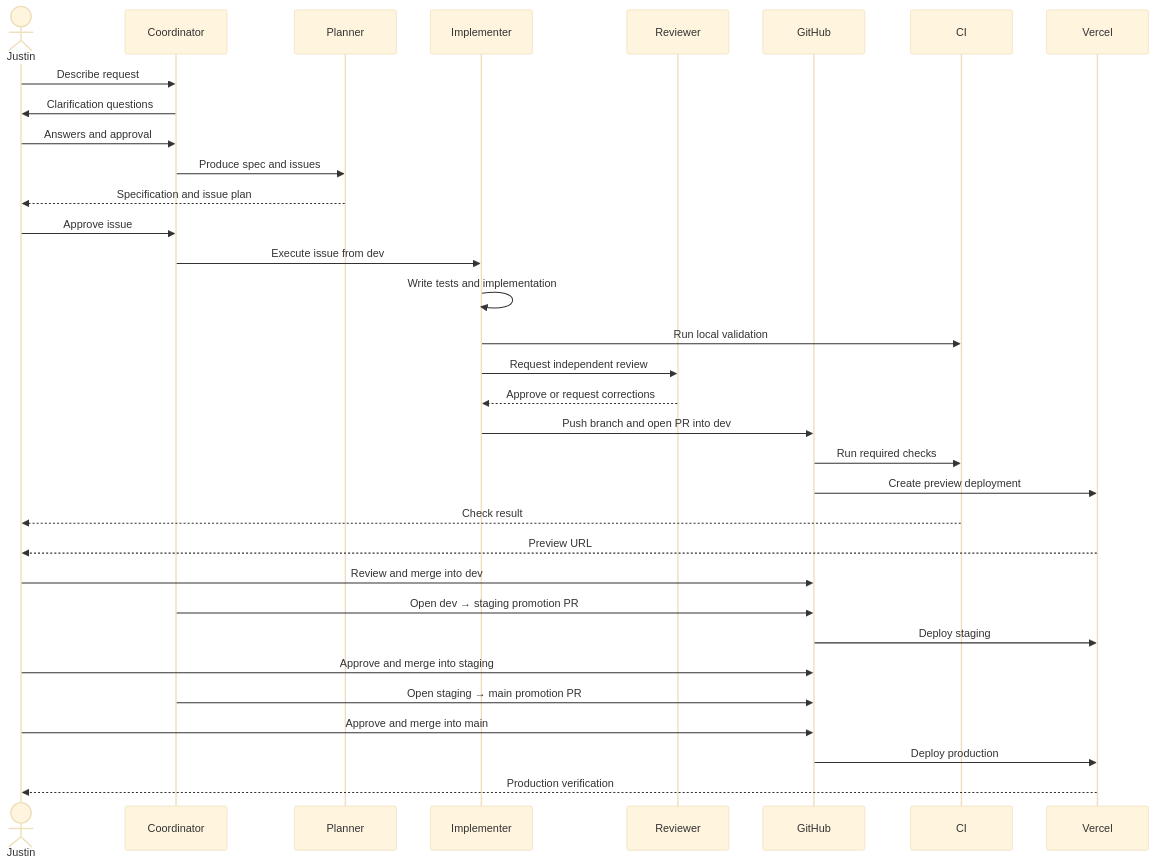
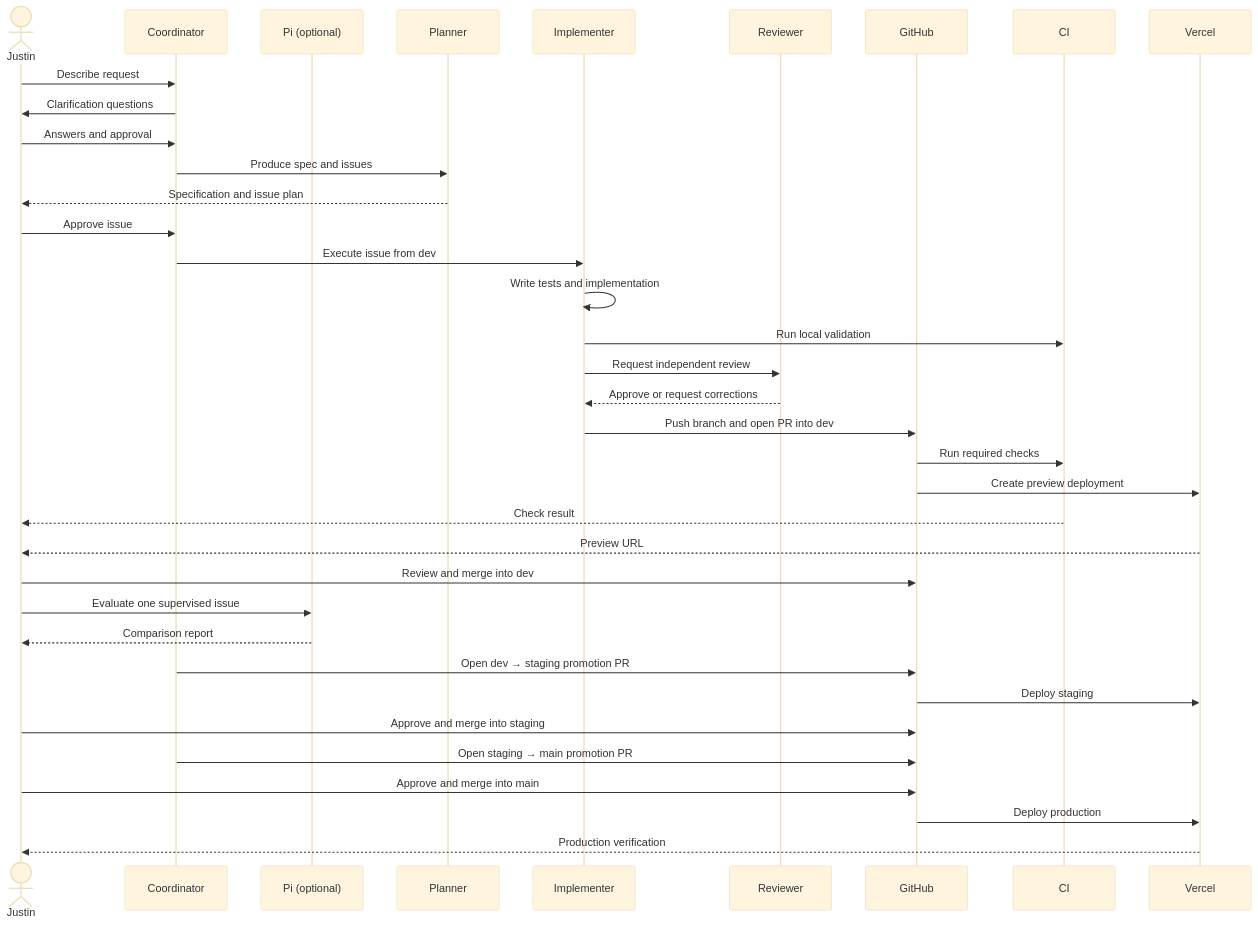
One commit to oneezy/agent-workflow changed the sixth of 6 diagrams in README.md. Above: the diagram before and after it, drawn with Mermaid (base theme). The commit also changed other lines of this file, not shown here.

````diff
--- a/README.md
+++ b/README.md
@@ -1251,36 +1432,39 @@
 ```mermaid
 sequenceDiagram
   actor Justin
   participant Coord as Coordinator
+  participant Pi as Pi (optional)
   participant Plan as Planner
   participant Impl as Implementer
   participant Rev as Reviewer
   participant GH as GitHub
   participant CI as CI
   participant V as Vercel
 
   Justin->>Coord: Describe request
   Coord->>Justin: Clarification questions
   Justin->>Coord: Answers and approval
   Coord->>Plan: Produce spec and issues
   Plan-->>Justin: Specification and issue plan
   Justin->>Coord: Approve issue
   Coord->>Impl: Execute issue from dev
   Impl->>Impl: Write tests and implementation
   Impl->>CI: Run local validation
   Impl->>Rev: Request independent review
   Rev-->>Impl: Approve or request corrections
   Impl->>GH: Push branch and open PR into dev
   GH->>CI: Run required checks
   GH->>V: Create preview deployment
   CI-->>Justin: Check result
   V-->>Justin: Preview URL
   Justin->>GH: Review and merge into dev
+  Justin->>Pi: Evaluate one supervised issue
+  Pi-->>Justin: Comparison report
   Coord->>GH: Open dev → staging promotion PR
   GH->>V: Deploy staging
   Justin->>GH: Approve and merge into staging
   Coord->>GH: Open staging → main promotion PR
   Justin->>GH: Approve and merge into main
   GH->>V: Deploy production
   V-->>Justin: Production verification
 ```
````
